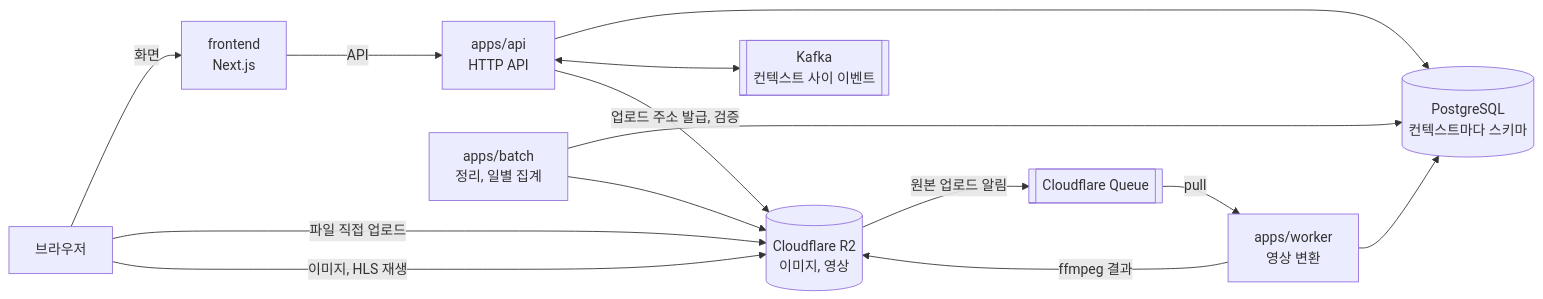
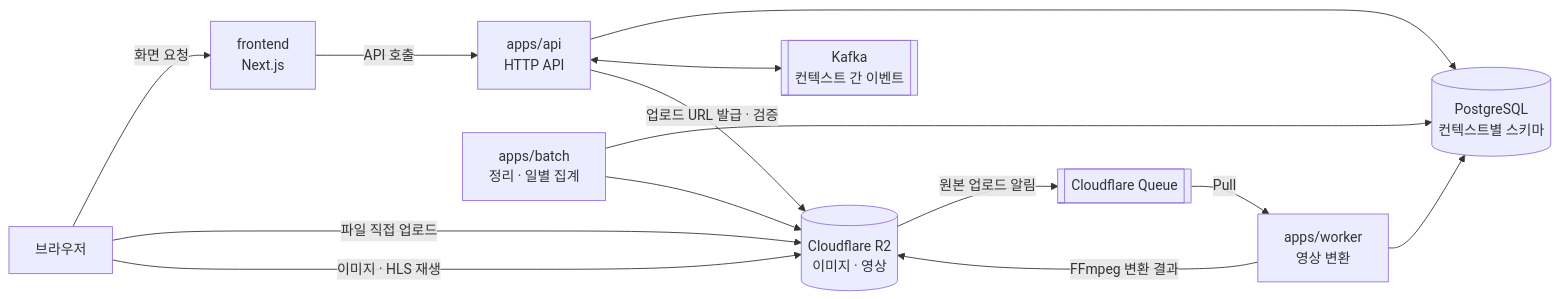
One commit to paranema/contentria changed the diagram in README.md. Above: the diagram before and after it, drawn with Mermaid. The commit also changed other lines of this file, not shown here.

````diff
--- a/README.md
+++ b/README.md
@@ -21,26 +17,26 @@
 ```mermaid
 flowchart LR
     Browser["브라우저"]
     Web["frontend<br/>Next.js"]
     Api["apps/api<br/>HTTP API"]
     Worker["apps/worker<br/>영상 변환"]
-    Batch["apps/batch<br/>정리, 일별 집계"]
-    DB[("PostgreSQL<br/>컨텍스트마다 스키마")]
-    Kafka[["Kafka<br/>컨텍스트 사이 이벤트"]]
-    R2[("Cloudflare R2<br/>이미지, 영상")]
+    Batch["apps/batch<br/>정리 · 일별 집계"]
+    DB[("PostgreSQL<br/>컨텍스트별 스키마")]
+    Kafka[["Kafka<br/>컨텍스트 간 이벤트"]]
+    R2[("Cloudflare R2<br/>이미지 · 영상")]
     Queue[["Cloudflare Queue"]]
 
-    Browser -- "화면" --> Web
-    Web -- "API" --> Api
+    Browser -- "화면 요청" --> Web
+    Web -- "API 호출" --> Api
     Browser -- "파일 직접 업로드" --> R2
-    Browser -- "이미지, HLS 재생" --> R2
+    Browser -- "이미지 · HLS 재생" --> R2
     Api --> DB
     Api <--> Kafka
-    Api -- "업로드 주소 발급, 검증" --> R2
+    Api -- "업로드 URL 발급 · 검증" --> R2
     R2 -- "원본 업로드 알림" --> Queue
-    Queue -- "pull" --> Worker
-    Worker -- "ffmpeg 결과" --> R2
+    Queue -- "Pull" --> Worker
+    Worker -- "FFmpeg 변환 결과" --> R2
     Worker --> DB
     Batch --> DB
     Batch --> R2
 ```
````
